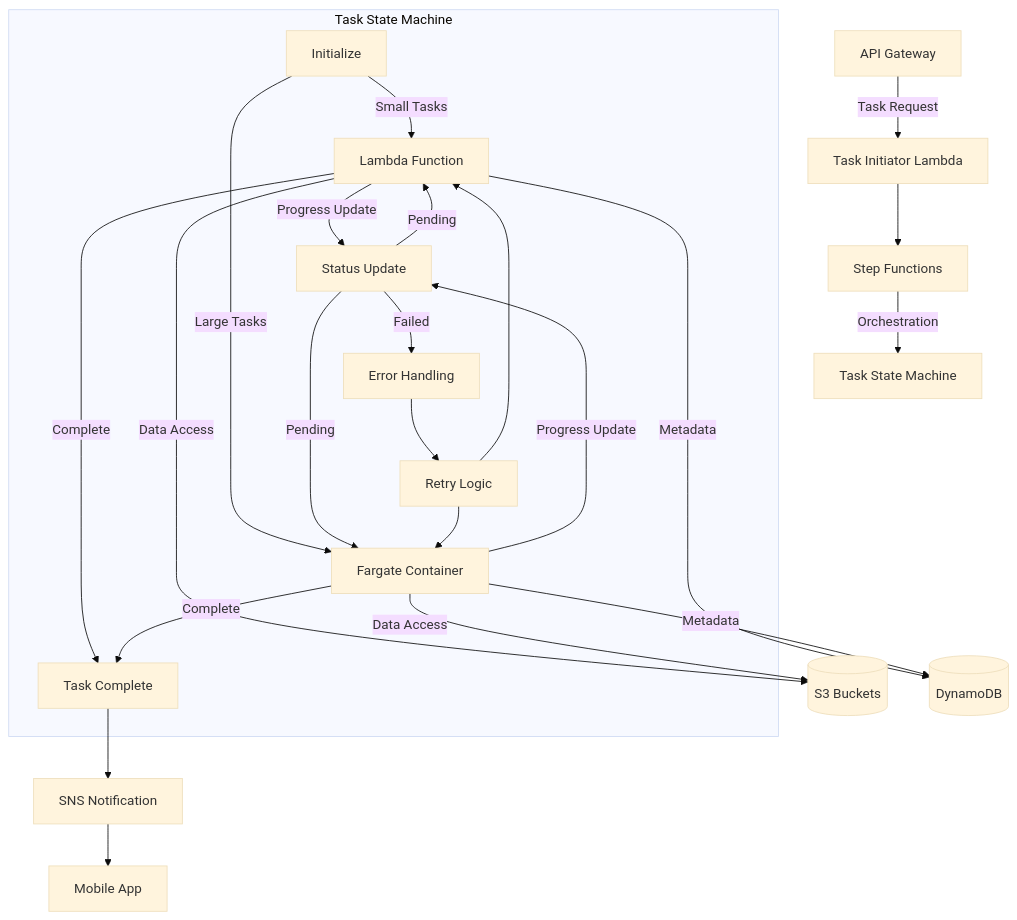
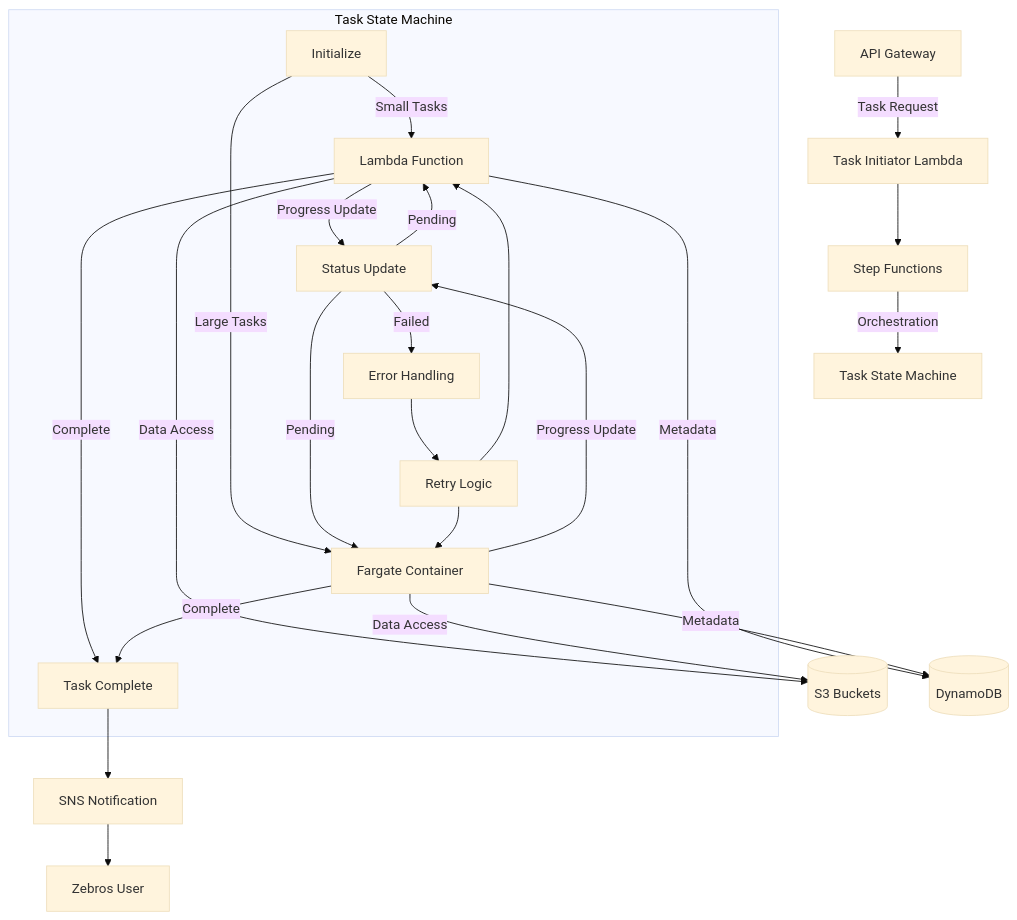
One commit to philkunz/fargate changed the first of 8 diagrams in architecture/long-running.md. Above: the diagram before and after it, drawn with Mermaid (base theme). The commit also changed other lines of this file and 11 other files, not shown here.

Commit message:
feat(documentation): Revamp Zebros CRM serverless architecture documentation with updated diagrams, expanded API, authentication, long-running tasks, data storage, and scaling details

````diff
--- a/architecture/long-running.md
+++ b/architecture/long-running.md
@@ -9,28 +9,28 @@
 ```mermaid
 flowchart TD
     API[API Gateway] --> |Task Request| TaskLambda[Task Initiator Lambda]
     TaskLambda --> StepF[Step Functions]
     StepF --> |Orchestration| TaskStates[Task State Machine]
     
     subgraph "Task State Machine"
         Init[Initialize] --> |Small Tasks| Lambda[Lambda Function]
         Init --> |Large Tasks| Fargate[Fargate Container]
         Lambda --> |Progress Update| Status[Status Update]
         Fargate --> |Progress Update| Status
         Lambda --> |Complete| Complete[Task Complete]
         Fargate --> |Complete| Complete
         Status --> |Pending| Lambda
         Status --> |Pending| Fargate
         Status --> |Failed| Error[Error Handling]
         Error --> Retry[Retry Logic]
         Retry --> Lambda
         Retry --> Fargate
     end
     
     Complete --> Notification[SNS Notification]
-    Notification --> MobileApp[Mobile App]
+    Notification --> UserApp[Zebros User]
     Lambda --> |Data Access| S3[(S3 Buckets)]
     Fargate --> |Data Access| S3
     Lambda --> |Metadata| DynamoDB[(DynamoDB)]
     Fargate --> |Metadata| DynamoDB
 ```
````
